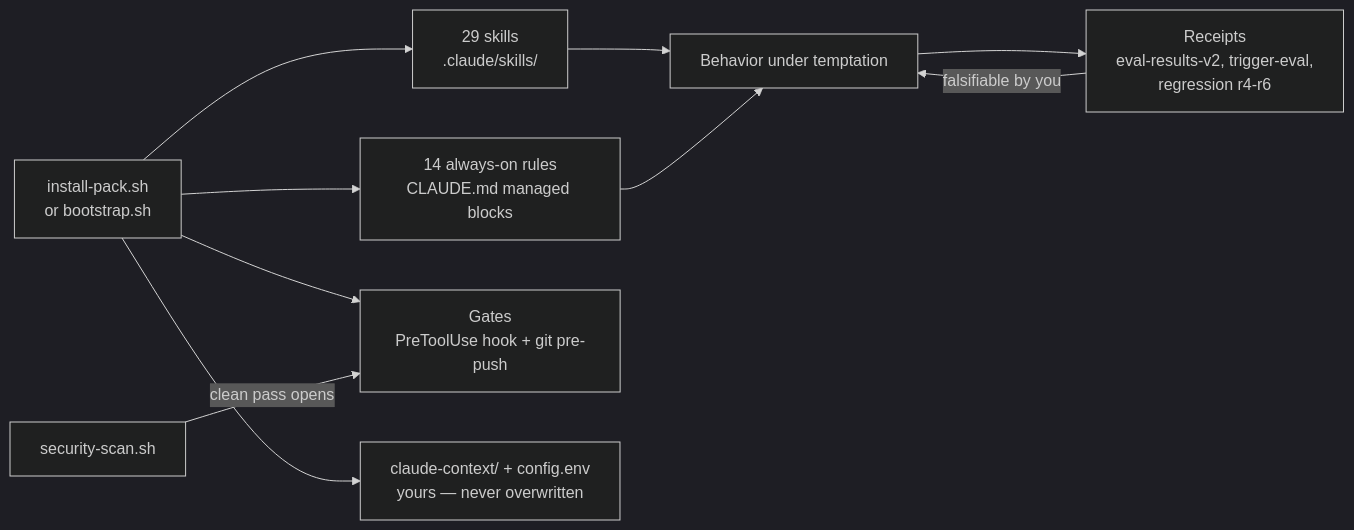
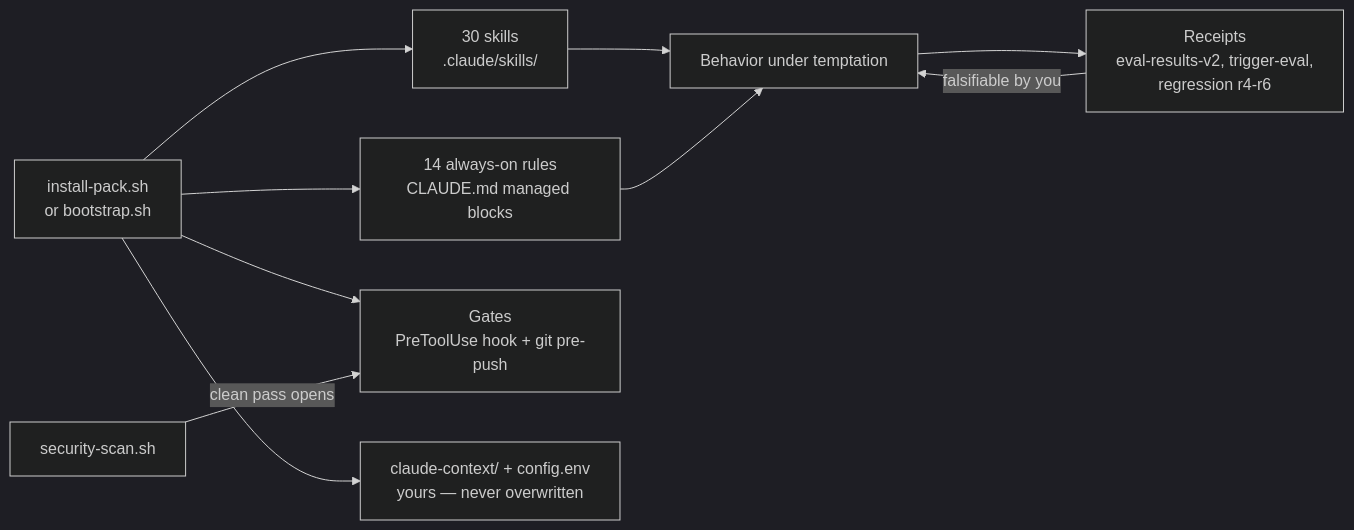
One commit to ralfyishere/rules-with-receipts changed the diagram in README.md. Above: the diagram before and after it, drawn with Mermaid (dark theme). The commit also changed other lines of this file and 18 other files, not shown here.

````diff
--- a/README.md
+++ b/README.md
@@ -69,12 +69,12 @@
 ```mermaid
 flowchart LR
-    I[install-pack.sh<br/>or bootstrap.sh] --> S[29 skills<br/>.claude/skills/]
+    I[install-pack.sh<br/>or bootstrap.sh] --> S[30 skills<br/>.claude/skills/]
     I --> R[14 always-on rules<br/>CLAUDE.md managed blocks]
     I --> G[Gates<br/>PreToolUse hook + git pre-push]
     I --> P[claude-context/ + config.env<br/>yours — never overwritten]
     SC[security-scan.sh] -->|clean pass opens| G
     S --> B[Behavior under temptation]
     R --> B
     B --> E[Receipts<br/>eval-results-v2, trigger-eval,<br/>regression r4-r6]
     E -->|falsifiable by you| B
 ```
````
